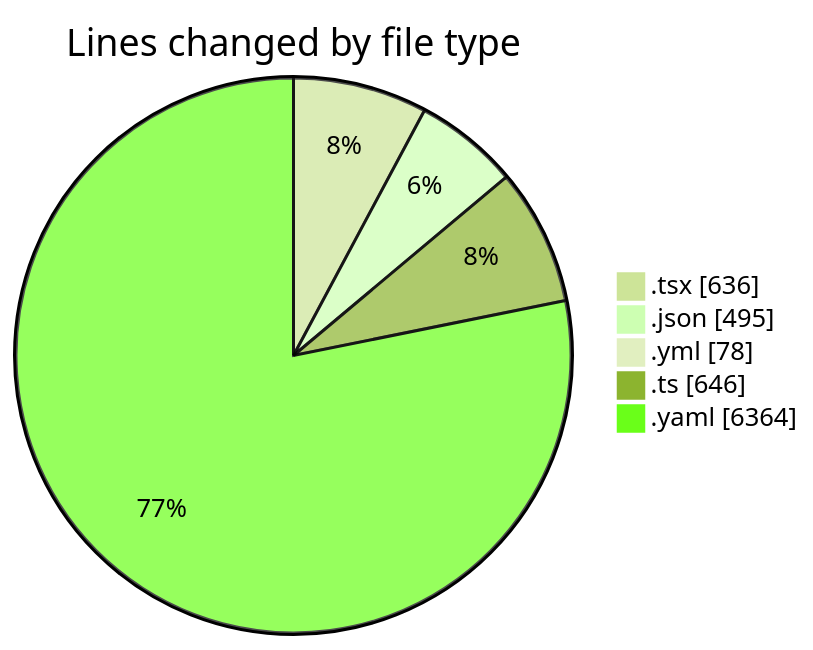
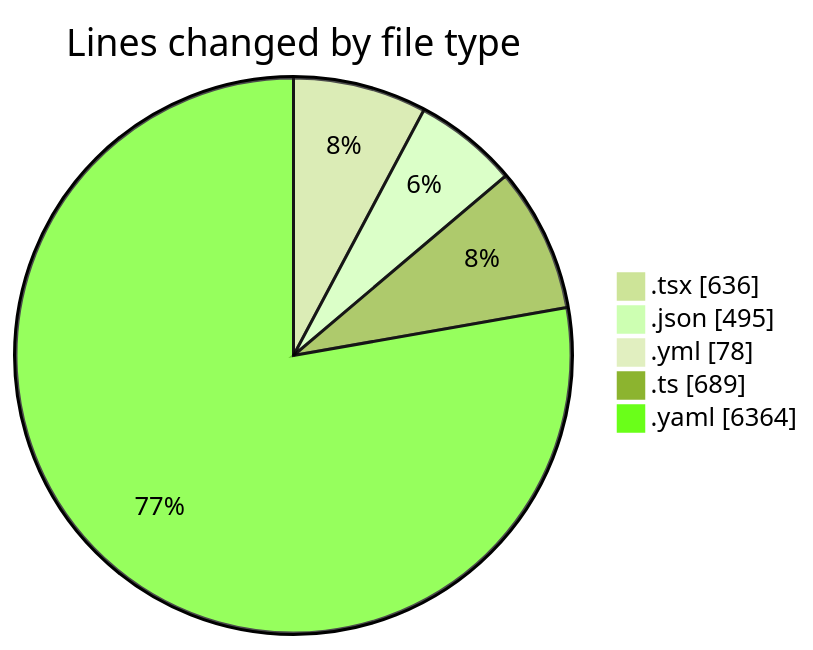
Before and after one commit to julien-gomy/code-tracking: the first of 2 diagrams in 2025-11-27/eventscop-frontend-guide__workspace_/README.md, drawn with Mermaid (forest theme). The commit also changed other lines of this file and 1 other file, not shown here.

````diff
--- a/2025-11-27/eventscop-frontend-guide__workspace_/README.md
+++ b/2025-11-27/eventscop-frontend-guide__workspace_/README.md
@@ -40,9 +41,9 @@
 ```mermaid
 pie showData
 title Lines changed by file type
 ".tsx" : 636
 ".json" : 495
 ".yml" : 78
-".ts" : 646
+".ts" : 689
 ".yaml" : 6364
 ```
````
